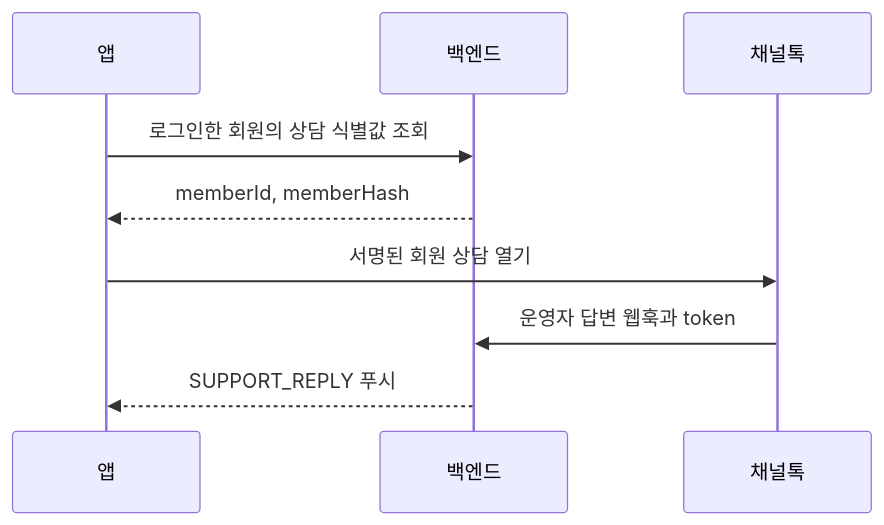
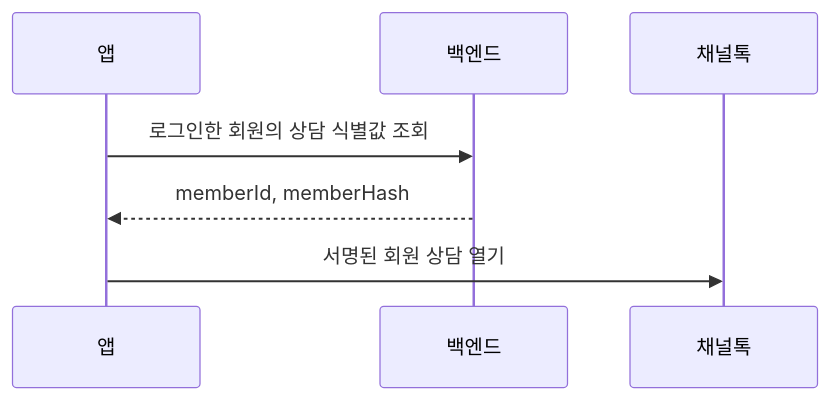
Before and after one commit to DaeSaBu/meongcoach-BE: the second of 2 diagrams in docs/support.md, drawn with Mermaid. The commit also changed other lines of this file and 3 other files, not shown here.

````diff
--- a/docs/support.md
+++ b/docs/support.md
@@ -99,11 +98,9 @@
 ```mermaid
 sequenceDiagram
     participant App as 앱
     participant API as 백엔드
     participant Channel as 채널톡
     App->>API: 로그인한 회원의 상담 식별값 조회
     API-->>App: memberId, memberHash
     App->>Channel: 서명된 회원 상담 열기
-    Channel->>API: 운영자 답변 웹훅과 token
-    API-->>App: SUPPORT_REPLY 푸시
 ```
````
